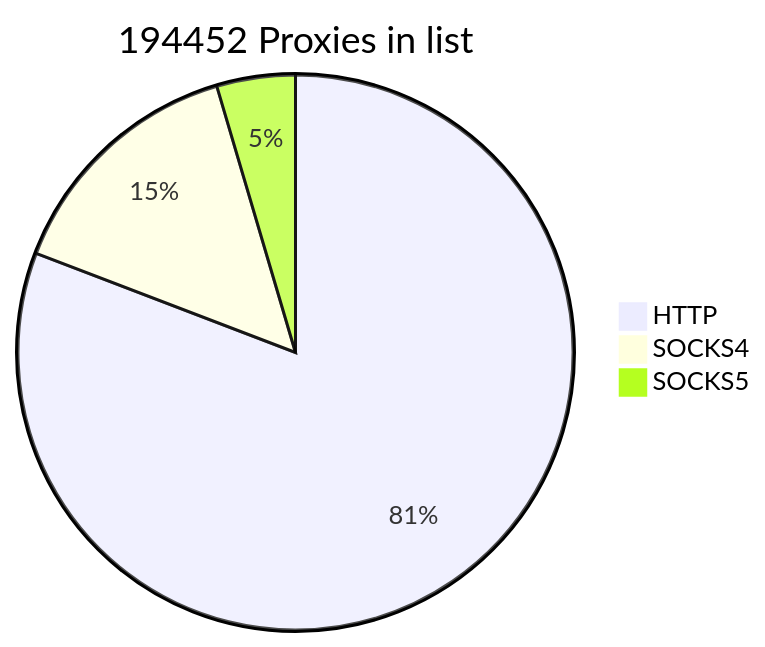
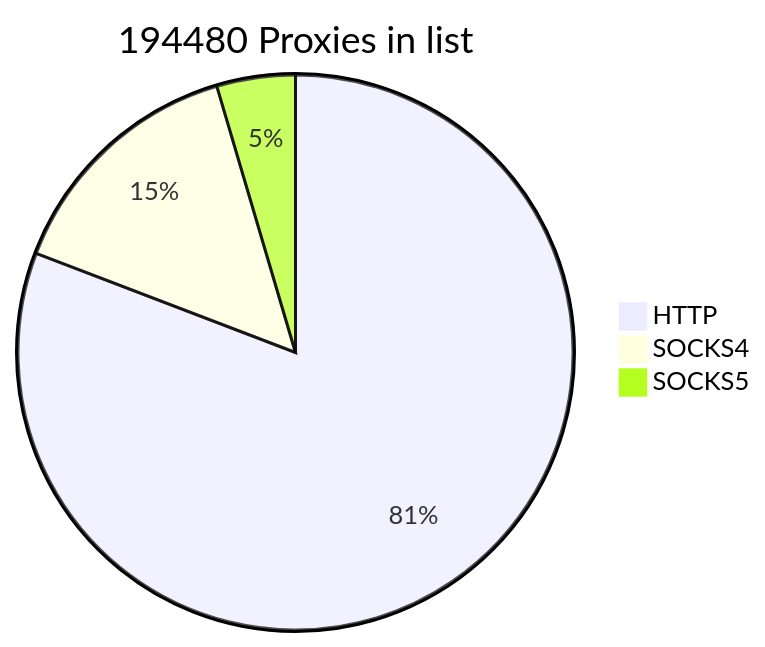
One commit to cutipu/proxylist changed the first of 2 diagrams in README.md. Above: the diagram before and after it, drawn with Mermaid. The commit also changed other lines of this file, not shown here.

````diff
--- a/README.md
+++ b/README.md
@@ -2,7 +2,7 @@
 ```mermaid
-pie title 194452 Proxies in list
-    "HTTP" : 157134
+pie title 194480 Proxies in list
+    "HTTP" : 157162
     "SOCKS4" : 28426
     "SOCKS5" : 8892
             
 ```
````
